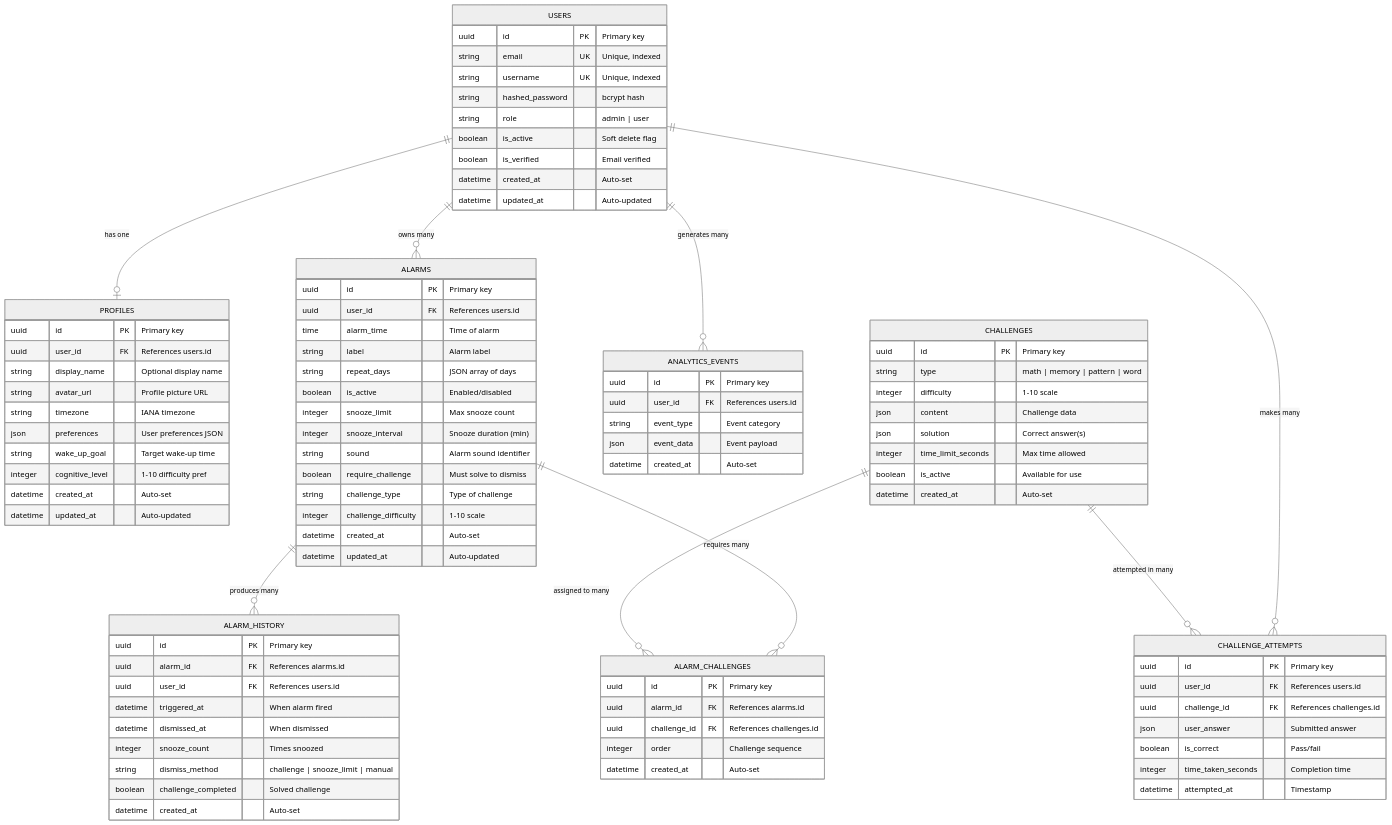
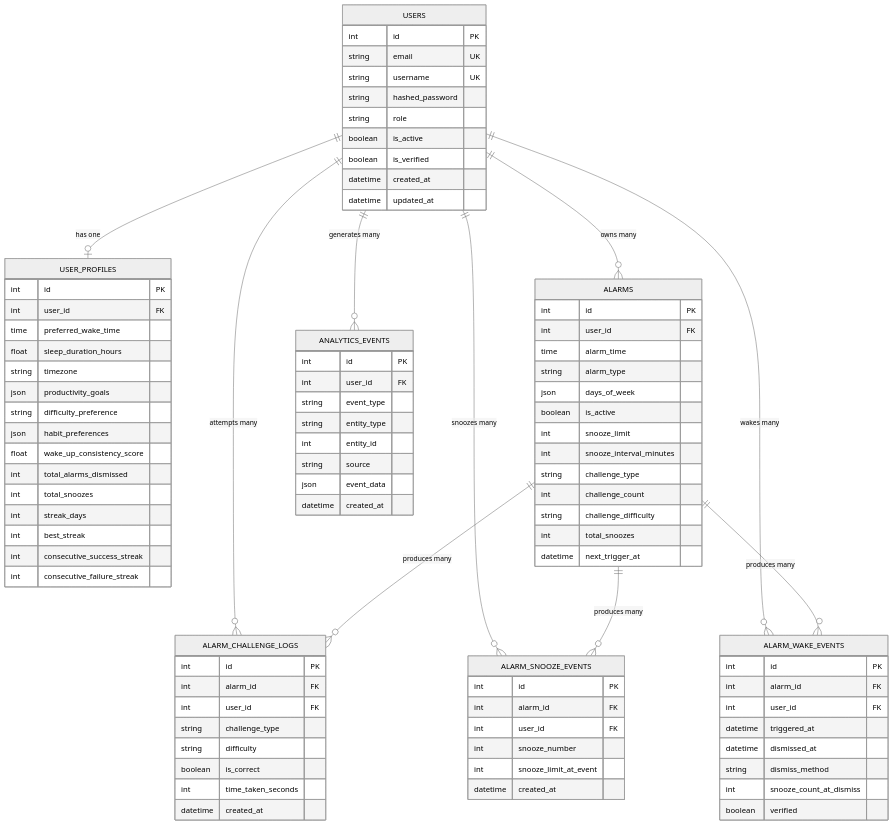
Before and after one commit to krithikananth/Cognitive-Alarm-Platform: the diagram in docs/database_design.md, drawn with Mermaid (neutral theme). The commit also changed other lines of this file and 27 other files, not shown here.

Commit message:
Add email verification, password reset, and adaptive alarm scheduling.

````diff
--- a/docs/database_design.md
+++ b/docs/database_design.md
@@ -9,102 +11,100 @@
 ```mermaid
 erDiagram
-    USERS ||--o| PROFILES : "has one"
+    USERS ||--o| USER_PROFILES : "has one"
     USERS ||--o{ ALARMS : "owns many"
-    USERS ||--o{ CHALLENGE_ATTEMPTS : "makes many"
+    USERS ||--o{ ALARM_CHALLENGE_LOGS : "attempts many"
+    USERS ||--o{ ALARM_SNOOZE_EVENTS : "snoozes many"
+    USERS ||--o{ ALARM_WAKE_EVENTS : "wakes many"
     USERS ||--o{ ANALYTICS_EVENTS : "generates many"
-    ALARMS ||--o{ ALARM_CHALLENGES : "requires many"
-    ALARMS ||--o{ ALARM_HISTORY : "produces many"
-    CHALLENGES ||--o{ ALARM_CHALLENGES : "assigned to many"
-    CHALLENGES ||--o{ CHALLENGE_ATTEMPTS : "attempted in many"
+    ALARMS ||--o{ ALARM_CHALLENGE_LOGS : "produces many"
+    ALARMS ||--o{ ALARM_SNOOZE_EVENTS : "produces many"
+    ALARMS ||--o{ ALARM_WAKE_EVENTS : "produces many"
 
     USERS {
-        uuid id PK "Primary key"
-        string email UK "Unique, indexed"
-        string username UK "Unique, indexed"
-        string hashed_password "bcrypt hash"
-        string role "admin | user"
-        boolean is_active "Soft delete flag"
-        boolean is_verified "Email verified"
-        datetime created_at "Auto-set"
-        datetime updated_at "Auto-updated"
+        int id PK
+        string email UK
+        string username UK
+        string hashed_password
+        string role
+        boolean is_active
+        boolean is_verified
+        datetime created_at
+        datetime updated_at
     }
 
-    PROFILES {
-        uuid id PK "Primary key"
-        uuid user_id FK "References users.id"
-        string display_name "Optional display name"
-        string avatar_url "Profile picture URL"
-        string timezone "IANA timezone"
-        json preferences "User preferences JSON"
-        string wake_up_goal "Target wake-up time"
-        integer cognitive_level "1-10 difficulty pref"
-        datetime created_at "Auto-set"
-        datetime updated_at "Auto-updated"
+    USER_PROFILES {
+        int id PK
+        int user_id FK
+        time preferred_wake_time
+        float sleep_duration_hours
+        string timezone
+        json productivity_goals
+        string difficulty_preference
+        json habit_preferences
+        float wake_up_consistency_score
+        int total_alarms_dismissed
+        int total_snoozes
+        int streak_days
+        int best_streak
+        int consecutive_success_streak
+        int consecutive_failure_streak
     }
 
     ALARMS {
-        uuid id PK "Primary key"
-        uuid user_id FK "References users.id"
-        time alarm_time "Time of alarm"
-        string label "Alarm label"
-        string repeat_days "JSON array of days"
-        boolean is_active "Enabled/disabled"
-        integer snooze_limit "Max snooze count"
-        integer snooze_interval "Snooze duration (min)"
-        string sound "Alarm sound identifier"
-        boolean require_challenge "Must solve to dismiss"
-        string challenge_type "Type of challenge"
-        integer challenge_difficulty "1-10 scale"
-        datetime created_at "Auto-set"
-        datetime updated_at "Auto-updated"
+        int id PK
+        int user_id FK
+        time alarm_time
+        string alarm_type
+        json days_of_week
+        boolean is_active
+        int snooze_limit
+        int snooze_interval_minutes
+        string challenge_type
+        int challenge_count
+        string challenge_difficulty
+        int total_snoozes
+        datetime next_trigger_at
     }
 
-    CHALLENGES {
-        uuid id PK "Primary key"
-        string type "math | memory | pattern | word"
-        integer difficulty "1-10 scale"
-        json content "Challenge data"
-        json solution "Correct answer(s)"
-        integer time_limit_seconds "Max time allowed"
-        boolean is_active "Available for use"
-        datetime created_at "Auto-set"
+    ALARM_CHALLENGE_LOGS {
+        int id PK
+        int alarm_id FK
+        int user_id FK
+        string challenge_type
+        string difficulty
+        boolean is_correct
+        int time_taken_seconds
+        datetime created_at
     }
 
-    ALARM_CHALLENGES {
-        uuid id PK "Primary key"
-        uuid alarm_id FK "References alarms.id"
-        uuid challenge_id FK "References challenges.id"
-        integer order "Challenge sequence"
-        datetime created_at "Auto-set"
+    ALARM_SNOOZE_EVENTS {
+        int id PK
+        int alarm_id FK
+        int user_id FK
+        int snooze_number
+        int snooze_limit_at_event
+        datetime created_at
     }
 
-    CHALLENGE_ATTEMPTS {
-        uuid id PK "Primary key"
-        uuid user_id FK "References users.id"
-        uuid challenge_id FK "References challenges.id"
-        json user_answer "Submitted answer"
-        boolean is_correct "Pass/fail"
-        integer time_taken_seconds "Completion time"
-        datetime attempted_at "Timestamp"
-    }
-
-    ALARM_HISTORY {
-        uuid id PK "Primary key"
-        uuid alarm_id FK "References alarms.id"
-        uuid user_id FK "References users.id"
-        datetime triggered_at "When alarm fired"
-        datetime dismissed_at "When dismissed"
-        integer snooze_count "Times snoozed"
-        string dismiss_method "challenge | snooze_limit | manual"
-        boolean challenge_completed "Solved challenge"
-        datetime created_at "Auto-set"
+    ALARM_WAKE_EVENTS {
+        int id PK
+        int alarm_id FK
+        int user_id FK
+        datetime triggered_at
+        datetime dismissed_at
+        string dismiss_method
+        int snooze_count_at_dismiss
+        boolean verified
     }
 
     ANALYTICS_EVENTS {
-        uuid id PK "Primary key"
-        uuid user_id FK "References users.id"
-        string event_type "Event category"
-        json event_data "Event payload"
-        datetime created_at "Auto-set"
+        int id PK
+        int user_id FK
+        string event_type
+        string entity_type
+        int entity_id
+        string source
+        json event_data
+        datetime created_at
     }
 ```
````
